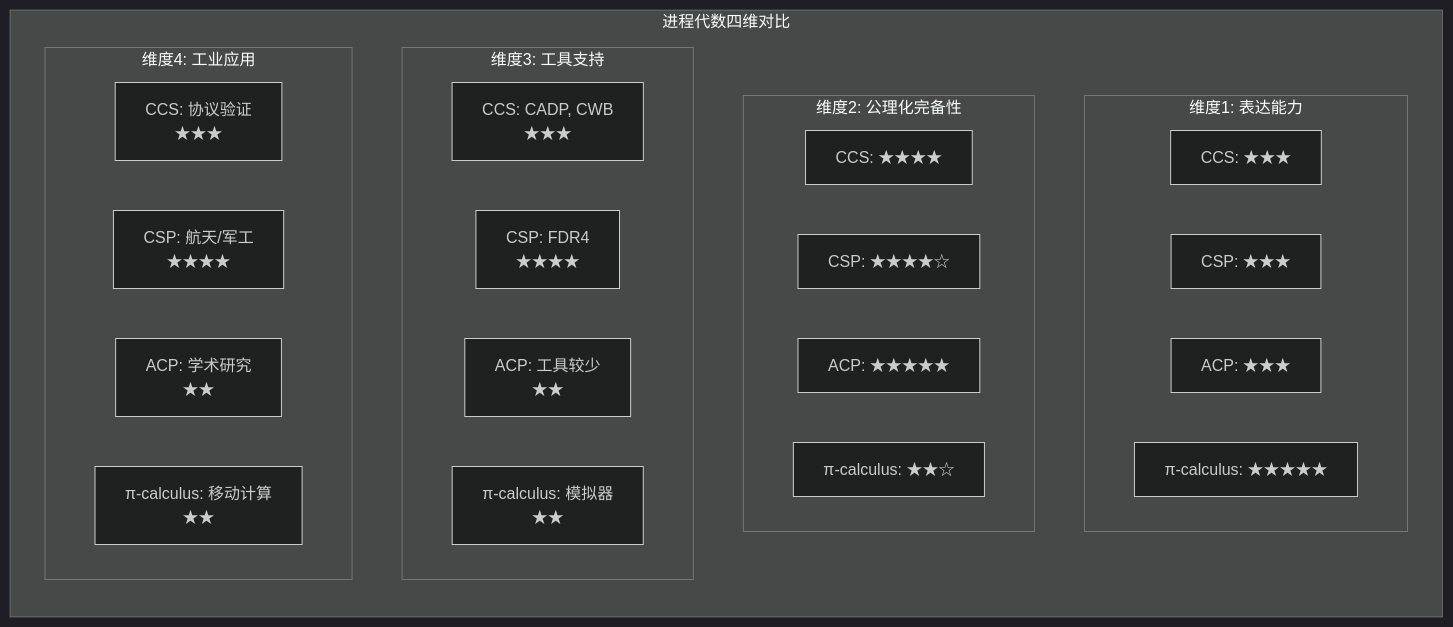
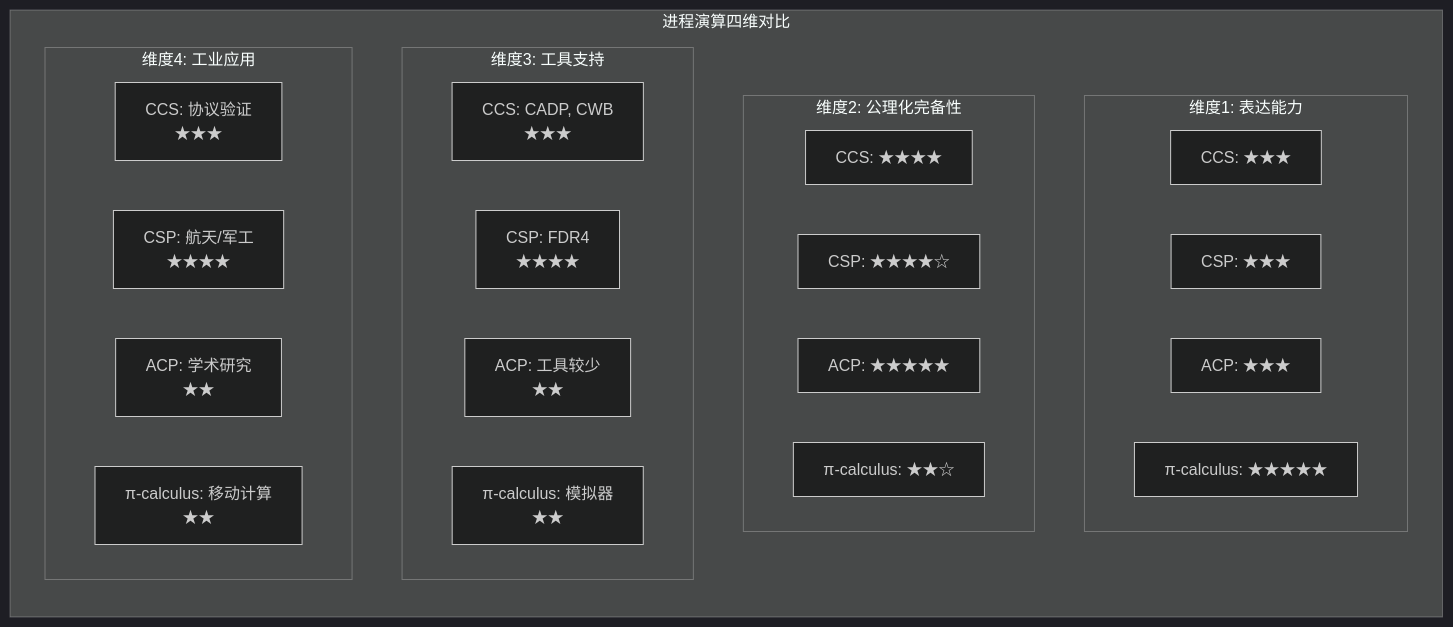
The fourth of 6 diagrams in formal-methods/COMPARISON-MODELS.md (AdaMartin18010/AnalysisDataFlow), drawn with Mermaid (dark theme) before and after one commit. The commit also changed other lines of this file and 129 other files, not shown here.

````diff
--- a/formal-methods/COMPARISON-MODELS.md
+++ b/formal-methods/COMPARISON-MODELS.md
@@ -354,34 +354,34 @@
 ```mermaid
 graph TB
-    subgraph "进程代数四维对比"
+    subgraph "进程演算四维对比"
     direction TB
 
     subgraph "维度1: 表达能力"
     D1_CCS[CCS: ★★★]
     D1_CSP[CSP: ★★★]
     D1_ACP[ACP: ★★★]
     D1_PI[π-calculus: ★★★★★]
     end
 
     subgraph "维度2: 公理化完备性"
     D2_CCS[CCS: ★★★★]
     D2_CSP[CSP: ★★★★☆]
     D2_ACP[ACP: ★★★★★]
     D2_PI[π-calculus: ★★☆]
     end
 
     subgraph "维度3: 工具支持"
     D3_CCS[CCS: CADP, CWB<br/>★★★]
     D3_CSP[CSP: FDR4<br/>★★★★]
     D3_ACP[ACP: 工具较少<br/>★★]
     D3_PI[π-calculus: 模拟器<br/>★★]
     end
 
     subgraph "维度4: 工业应用"
     D4_CCS[CCS: 协议验证<br/>★★★]
     D4_CSP[CSP: 航天/军工<br/>★★★★]
     D4_ACP[ACP: 学术研究<br/>★★]
     D4_PI[π-calculus: 移动计算<br/>★★]
     end
     end
 ```
````
